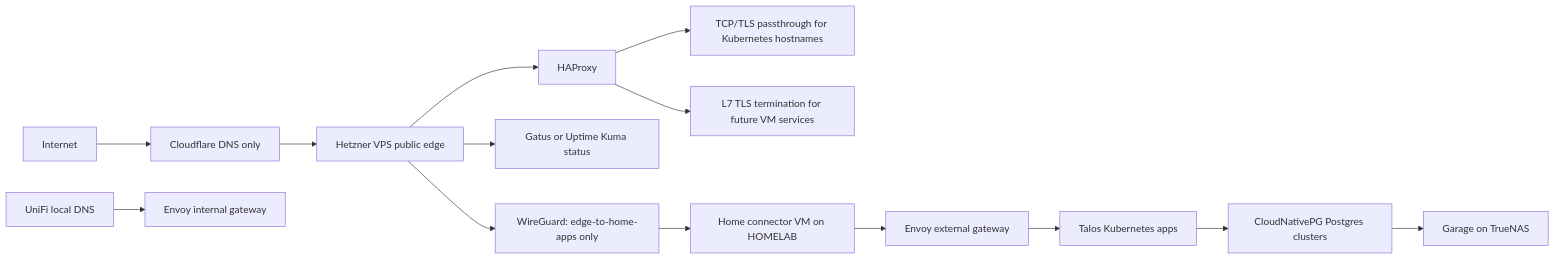
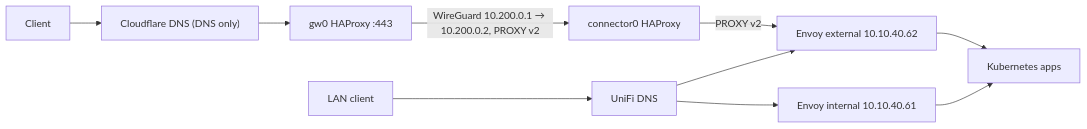
Before and after one commit to tansanrao/nimbus-casa: the diagram in ARCHITECTURE.md, drawn with Mermaid. The commit also changed other lines of this file and 12 other files, not shown here.

````diff
--- a/ARCHITECTURE.md
+++ b/ARCHITECTURE.md
@@ -101,20 +40,12 @@
 ```mermaid
 flowchart LR
-  internet["Internet"] --> cf_dns["Cloudflare DNS only"]
-  cf_dns --> vps["Hetzner VPS public edge"]
-
-  vps --> haproxy["HAProxy"]
-  vps --> uptime["Gatus or Uptime Kuma status"]
-  vps --> wg0["WireGuard: edge-to-home-apps only"]
-
-  haproxy --> passthrough["TCP/TLS passthrough for Kubernetes hostnames"]
-  haproxy --> l7["L7 TLS termination for future VM services"]
-
-  wg0 --> homegw["Home connector VM on HOMELAB"]
-  homegw --> envoy["Envoy external gateway"]
-  envoy --> k8s["Talos Kubernetes apps"]
-  homedns["UniFi local DNS"] --> internal["Envoy internal gateway"]
-
-  k8s --> cnpg["CloudNativePG Postgres clusters"]
-  cnpg --> backups["Garage on TrueNAS"]
+  client["Client"] --> dns["Cloudflare DNS (DNS only)"]
+  dns --> vps["gw0 HAProxy :443"]
+  vps -- "WireGuard 10.200.0.1 → 10.200.0.2, PROXY v2" --> conn["connector0 HAProxy"]
+  conn -- "PROXY v2" --> ext["Envoy external 10.10.40.62"]
+  lan["LAN client"] --> unifi["UniFi DNS"]
+  unifi --> ext
+  unifi --> int["Envoy internal 10.10.40.61"]
+  ext --> apps["Kubernetes apps"]
+  int --> apps
 ```
````
